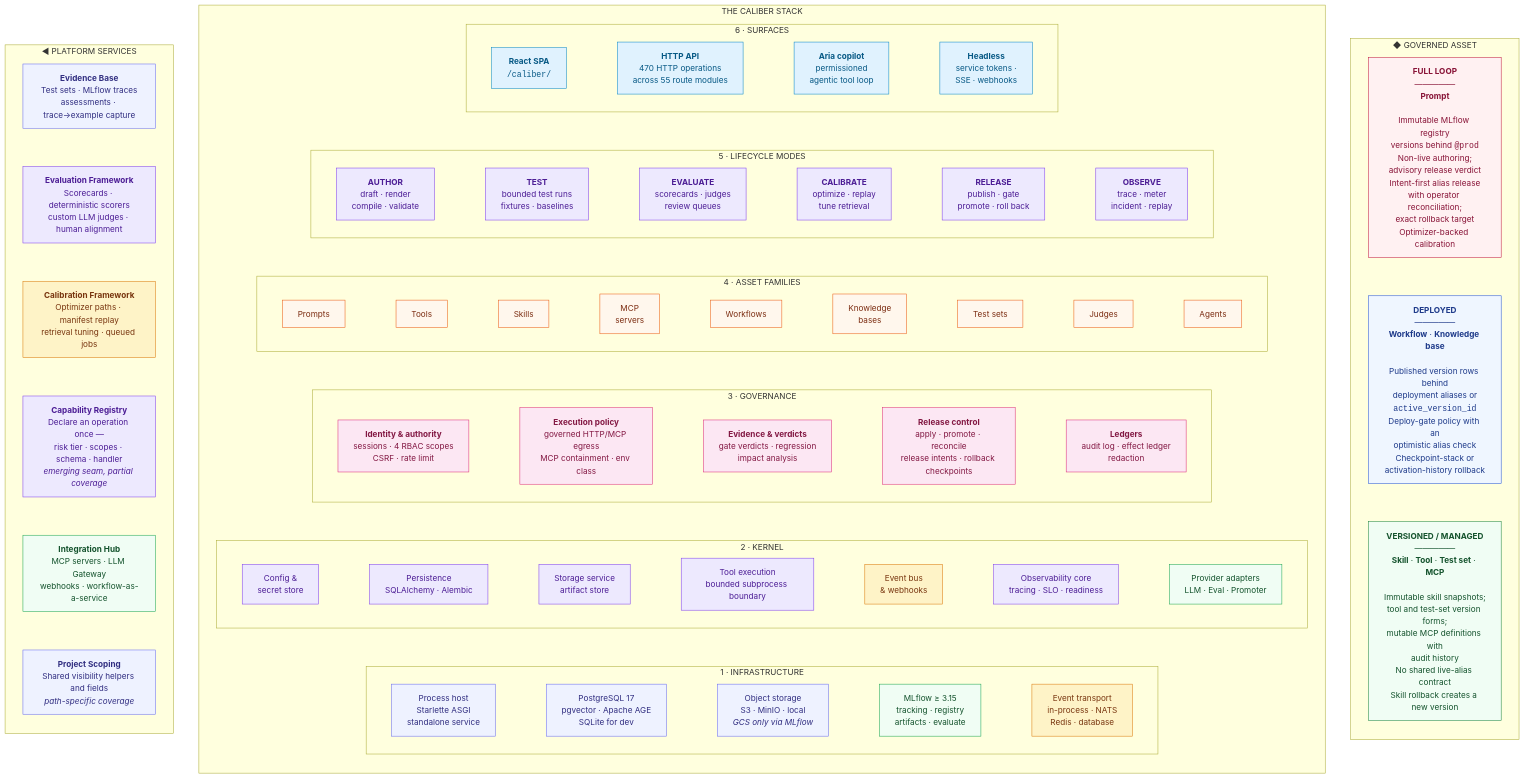
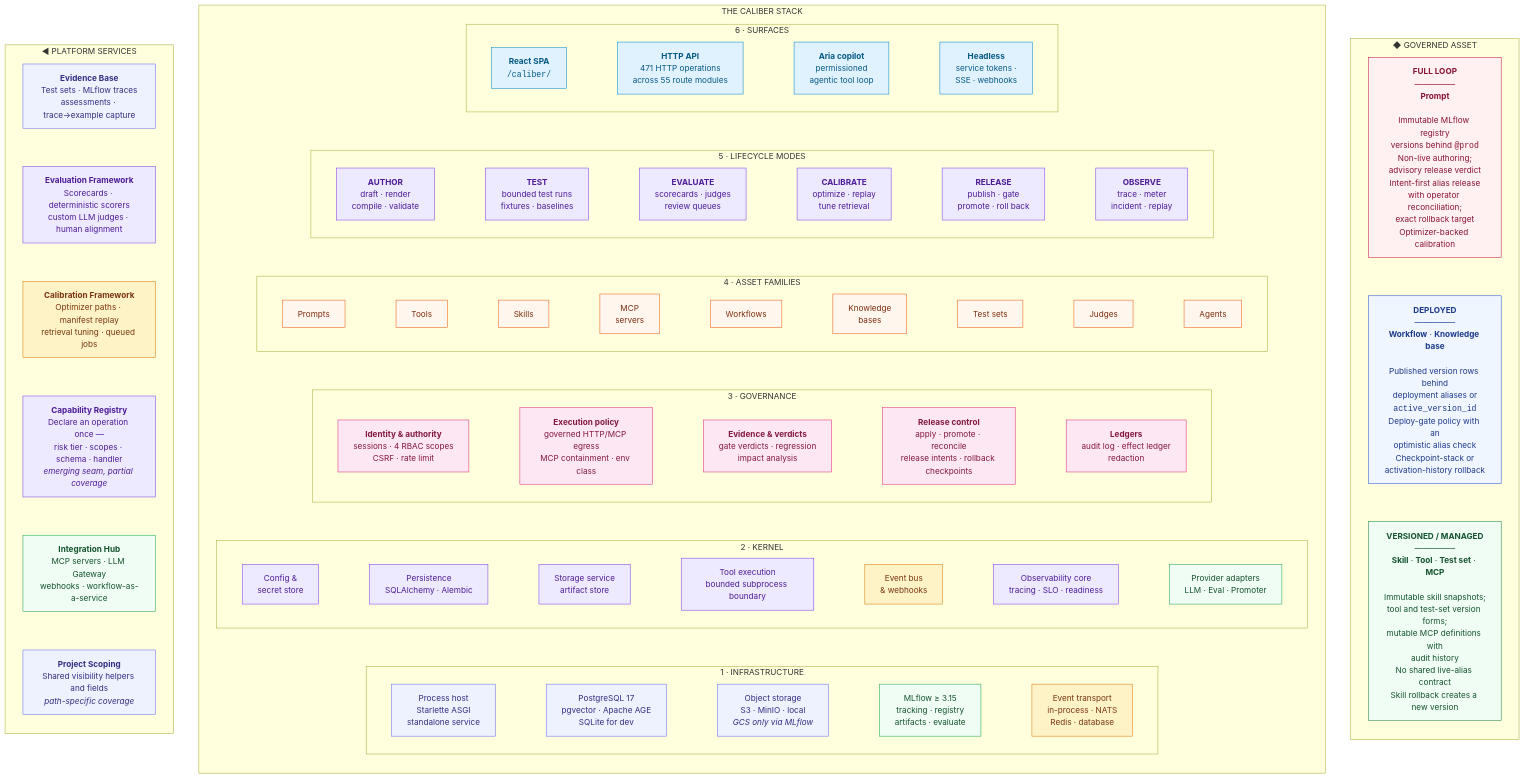
One commit to rrahimi-uci/caliber-suite changed the first of 8 diagrams in ARCHITECTURE.md. Above: the diagram before and after it, drawn with Mermaid. The commit also changed 18 other files, not shown here.

```diff
--- a/ARCHITECTURE.md
+++ b/ARCHITECTURE.md
@@ -105,7 +105,7 @@
     subgraph L6["6 · SURFACES"]
       direction LR
       s1["<b>React SPA</b><br/><code>/caliber/</code>"]:::ui
-      s2["<b>HTTP API</b><br/>470 HTTP operations<br/>across 55 route modules"]:::ui
+      s2["<b>HTTP API</b><br/>471 HTTP operations<br/>across 55 route modules"]:::ui
       s3["<b>Aria copilot</b><br/>permissioned<br/>agentic tool loop"]:::ui
       s4["<b>Headless</b><br/>service tokens ·<br/>SSE · webhooks"]:::ui
       s1 --- s2 --- s3 --- s4
```
